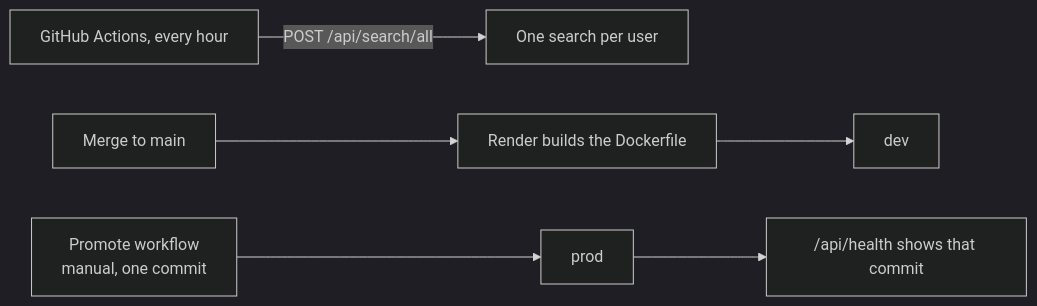
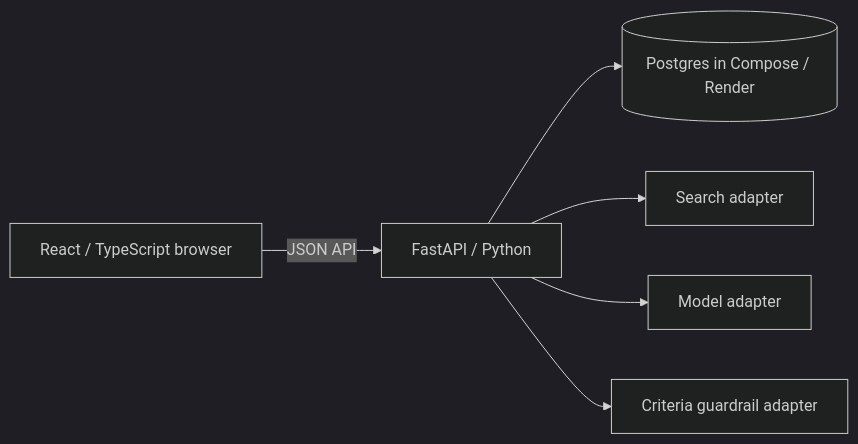
Before and after one commit to alexisdacquay/sail-event: the second of 3 diagrams in README.md, drawn with Mermaid (dark theme). The commit also changed other lines of this file and 30 other files, not shown here.

````diff
--- a/README.md
+++ b/README.md
@@ -208,6 +169,8 @@
 ```mermaid
 flowchart LR
-  CRON["GitHub Actions, every hour"] -- "POST /api/search/all" --> RUN[One search per user]
-  PUSH[Merge to main] --> BUILD[Render builds the Dockerfile] --> DEV[dev]
-  PROMO["Promote workflow<br/>manual, one commit"] --> PROD[prod] --> H["/api/health shows that commit"]
+    B[React / TypeScript browser] -->|JSON API| A[FastAPI / Python]
+    A --> DB[(Postgres in Compose / Render)]
+    A --> S[Search adapter]
+    A --> L[Model adapter]
+    A --> G[Criteria guardrail adapter]
 ```
````
